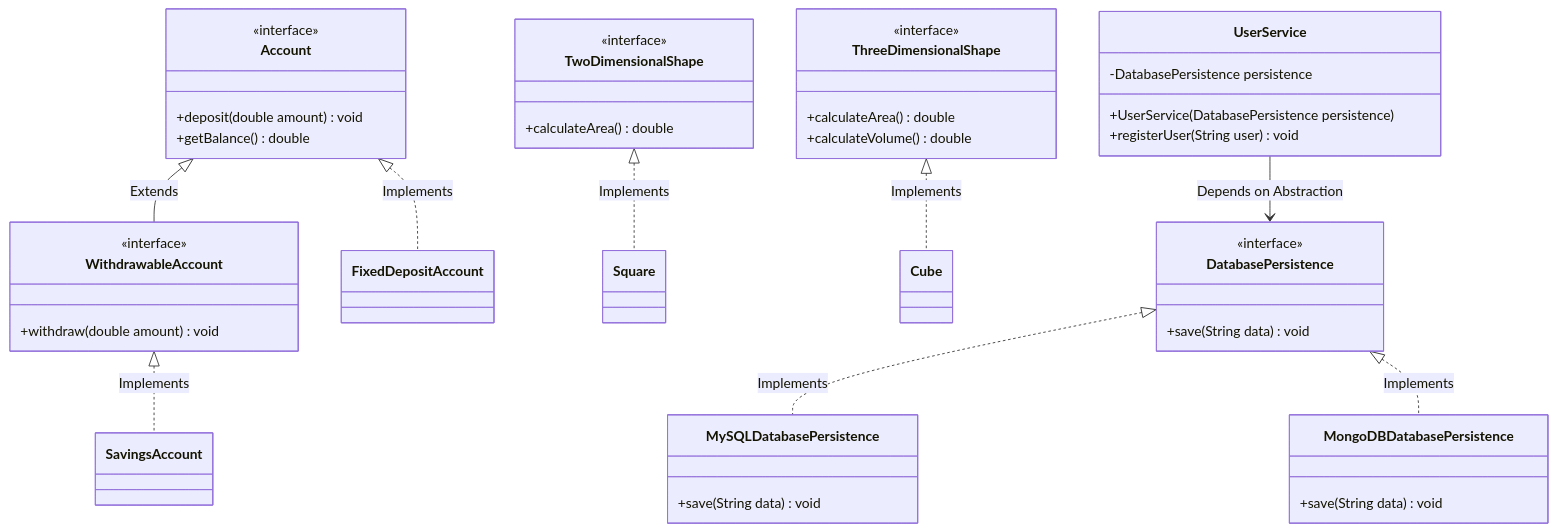
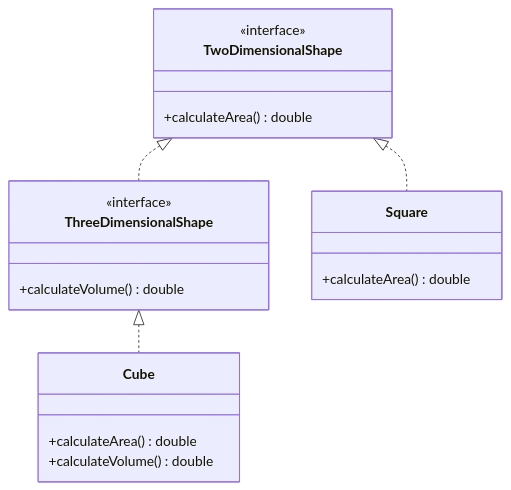
One commit to rohithgowda18/Notes changed the diagram in 04-OOPs-and-Design-Patterns/02-SOLID-Principles/06-SOLID-Design-Principles-Part-2.md. Above: the diagram before and after it, drawn with Mermaid. The commit also changed other lines of this file and 17 other files, not shown here.

````diff
--- a/04-OOPs-and-Design-Patterns/02-SOLID-Principles/06-SOLID-Design-Principles-Part-2.md
+++ b/04-OOPs-and-Design-Patterns/02-SOLID-Principles/06-SOLID-Design-Principles-Part-2.md
@@ -315,57 +71,25 @@
 ```mermaid
 classDiagram
-    %% ISP & LSP Account Structure
-    class Account {
-        <<interface>>
-        +deposit(double amount) void
-        +getBalance() double
-    }
-
-    class WithdrawableAccount {
-        <<interface>>
-        +withdraw(double amount) void
-    }
-
-    Account <|-- WithdrawableAccount : Extends
-    WithdrawableAccount <|.. SavingsAccount : Implements
-    Account <|.. FixedDepositAccount : Implements
-
-    %% ISP Shapes
     class TwoDimensionalShape {
         <<interface>>
         +calculateArea() double
     }
 
     class ThreeDimensionalShape {
         <<interface>>
+        +calculateVolume() double
+    }
+
+    class Square {
+        +calculateArea() double
+    }
+
+    class Cube {
         +calculateArea() double
         +calculateVolume() double
     }
 
-    TwoDimensionalShape <|.. Square : Implements
-    ThreeDimensionalShape <|.. Cube : Implements
-
-    %% DIP Architecture
-    class DatabasePersistence {
-        <<interface>>
-        +save(String data) void
-    }
-
-    class MySQLDatabasePersistence {
-        +save(String data) void
-    }
-
-    class MongoDBDatabasePersistence {
-        +save(String data) void
-    }
-
-    class UserService {
-        -DatabasePersistence persistence
-        +UserService(DatabasePersistence persistence)
-        +registerUser(String user) void
-    }
-
-    DatabasePersistence <|.. MySQLDatabasePersistence : Implements
-    DatabasePersistence <|.. MongoDBDatabasePersistence : Implements
-    UserService --> DatabasePersistence : Depends on Abstraction
+    TwoDimensionalShape <|.. Square
+    TwoDimensionalShape <|.. ThreeDimensionalShape
+    ThreeDimensionalShape <|.. Cube
 ```
````
